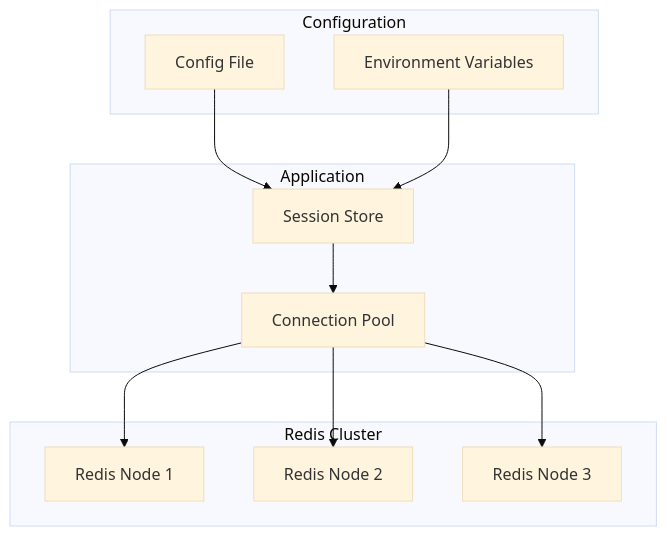
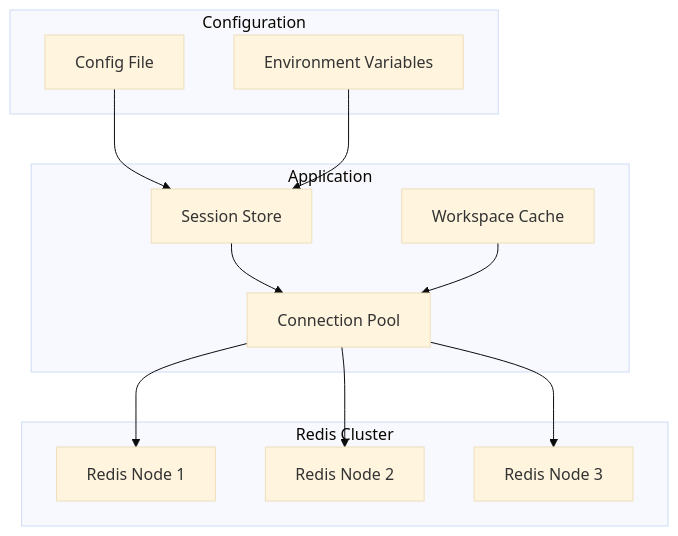
One commit to metasync/luban-aiops changed the tenth of 10 diagrams in .qoder/repowiki/en/content/API Reference/Agent Platform API/Session Management API.md. Above: the diagram before and after it, drawn with Mermaid (base theme). The commit also changed other lines of this file and 43 other files, not shown here.

````diff
--- a/.qoder/repowiki/en/content/API Reference/Agent Platform API/Session Management API.md
+++ b/.qoder/repowiki/en/content/API Reference/Agent Platform API/Session Management API.md
@@ -434,22 +565,24 @@
 ```mermaid
 graph TB
 subgraph "Redis Cluster"
 R1[Redis Node 1]
 R2[Redis Node 2]
 R3[Redis Node 3]
 end
 subgraph "Application"
 App[Session Store]
 Cache[Connection Pool]
+Workspace[Workspace Cache]
 end
 subgraph "Configuration"
 Config[Config File]
 Env[Environment Variables]
 end
 Config --> App
 Env --> App
 App --> Cache
 Cache --> R1
 Cache --> R2
 Cache --> R3
+Workspace --> Cache
 ```
````
